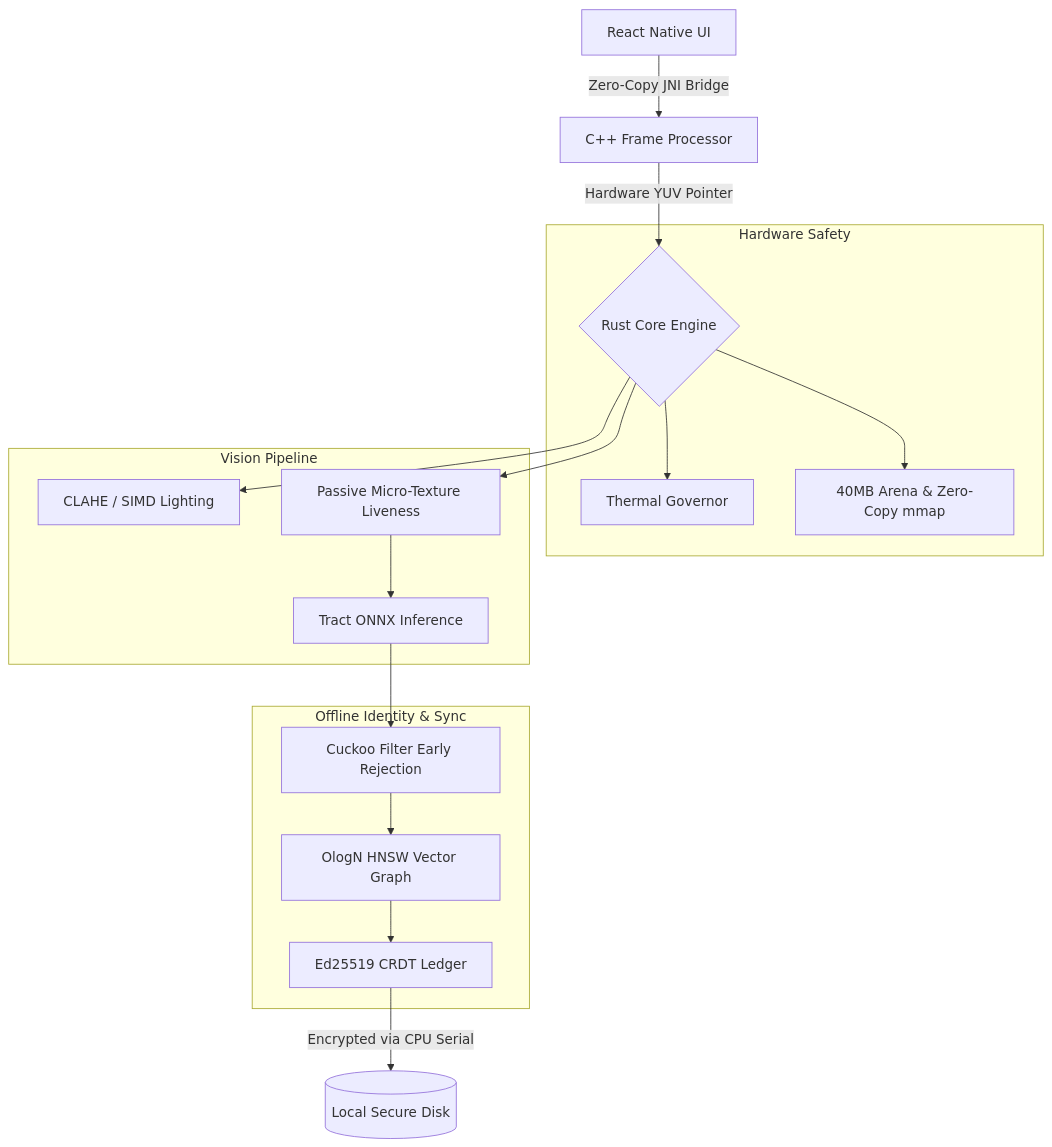
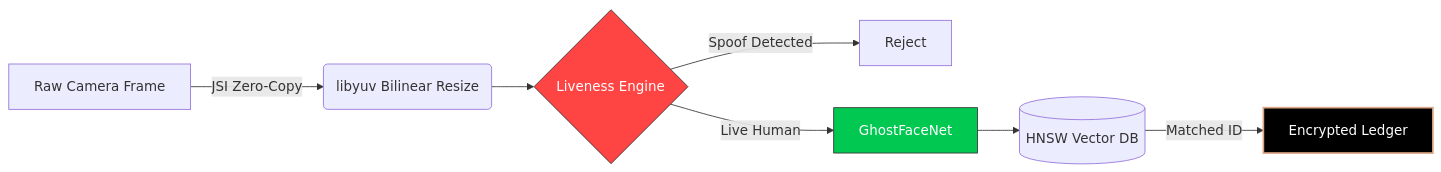
The diagram in README.md (abhay-2108/Secure-Face-Liveness-Suite), drawn with Mermaid before and after one commit. The commit also changed other lines of this file and 173 other files, not shown here.

````diff
--- a/README.md
+++ b/README.md
@@ -66,24 +39,13 @@
 ```mermaid
-graph TD
-    A[React Native UI] -->|Zero-Copy JNI Bridge| B[C++ Frame Processor]
-    B -->|Hardware YUV Pointer| C{Rust Core Engine}
+flowchart LR
+    A[Raw Camera Frame] -->|JSI Zero-Copy| B(libyuv Bilinear Resize)
+    B --> C{Liveness Engine}
+    C -->|Spoof Detected| D[Reject]
+    C -->|Live Human| E[GhostFaceNet]
+    E --> F[(HNSW Vector DB)]
+    F -->|Matched ID| G[Encrypted Ledger]
     
-    subgraph "Hardware Safety"
-    C --> D[Thermal Governor]
-    C --> D2[40MB Arena & Zero-Copy mmap]
-    end
-
-    subgraph "Vision Pipeline"
-    C --> E[CLAHE / SIMD Lighting]
-    C --> F[Passive Micro-Texture Liveness]
-    F --> G[Tract ONNX Inference]
-    end
-    
-    subgraph "Offline Identity & Sync"
-    G --> H[Cuckoo Filter Early Rejection]
-    H --> I[OlogN HNSW Vector Graph]
-    I --> J[Ed25519 CRDT Ledger]
-    end
-    
-    J -->|Encrypted via CPU Serial| K[(Local Secure Disk)]
+    style C fill:#ff4444,stroke:#333,color:#fff
+    style E fill:#00C851,stroke:#333,color:#fff
+    style G fill:#000,stroke:#dea584,stroke-width:2px,color:#fff
 ```
````
